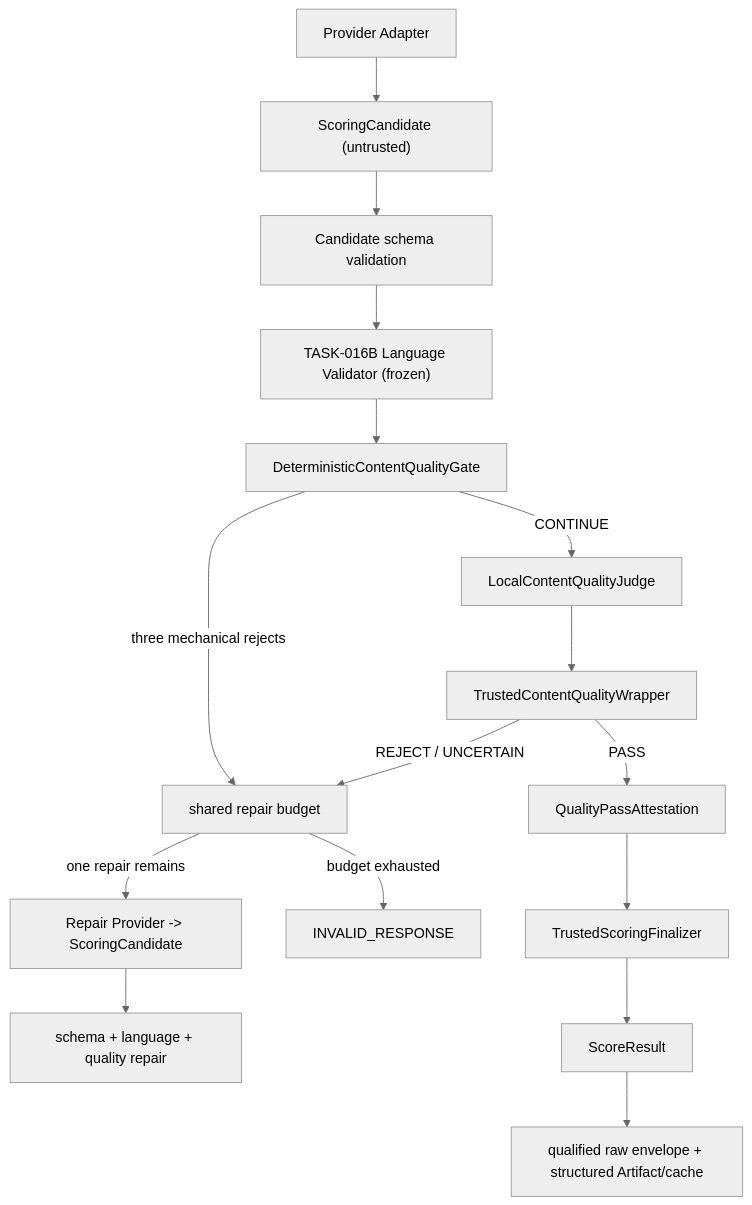
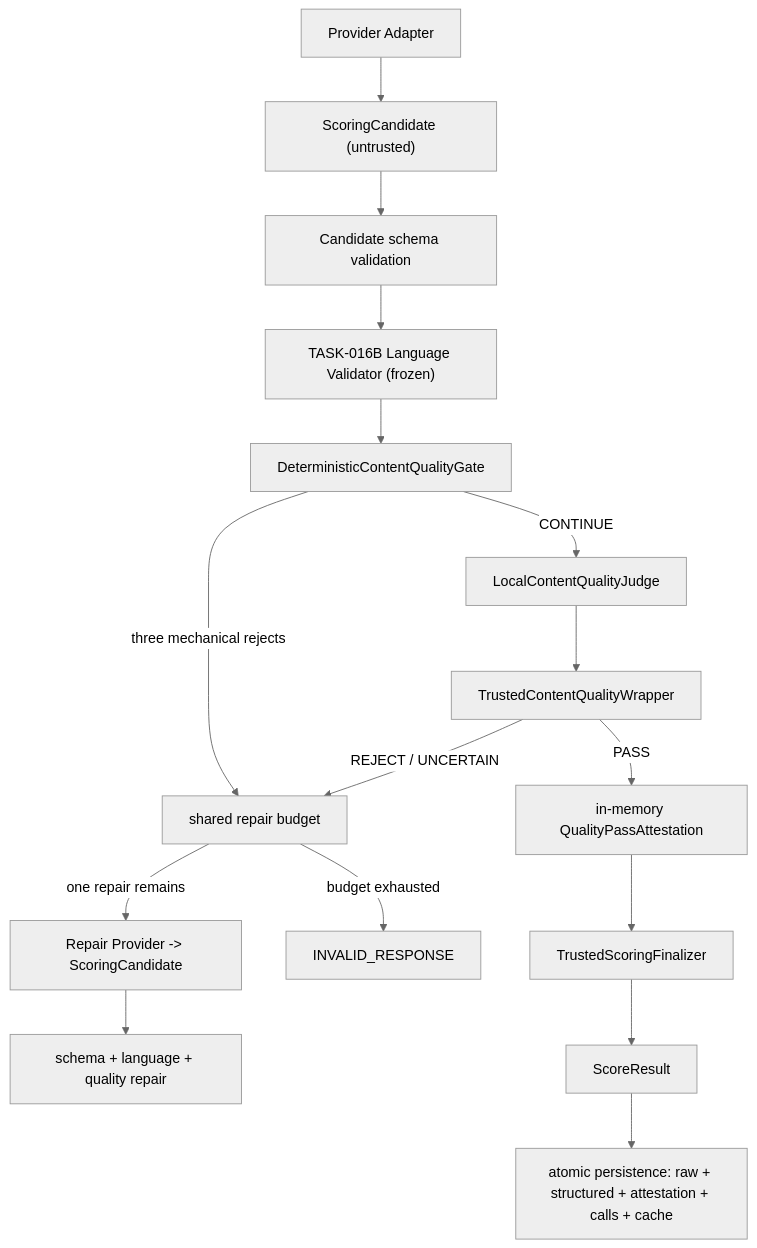
One commit to huangbuqubunao-alt/intelligence changed the diagram in docs/TASK-016C-CONTENT-QUALITY-INTERFACE-DESIGN.md. Above: the diagram before and after it, drawn with Mermaid (neutral theme). The commit also changed other lines of this file and 2 other files, not shown here.

````diff
--- a/docs/TASK-016C-CONTENT-QUALITY-INTERFACE-DESIGN.md
+++ b/docs/TASK-016C-CONTENT-QUALITY-INTERFACE-DESIGN.md
@@ -25,18 +25,18 @@
 ```mermaid
 flowchart TD
     A["Provider Adapter"] --> B["ScoringCandidate (untrusted)"]
     B --> C["Candidate schema validation"]
     C --> D["TASK-016B Language Validator (frozen)"]
     D --> E["DeterministicContentQualityGate"]
     E -->|"three mechanical rejects"| R["shared repair budget"]
     E -->|"CONTINUE"| J["LocalContentQualityJudge"]
     J --> W["TrustedContentQualityWrapper"]
     W -->|"REJECT / UNCERTAIN"| R
-    W -->|"PASS"| T["QualityPassAttestation"]
+    W -->|"PASS"| T["in-memory QualityPassAttestation"]
     R -->|"one repair remains"| B2["Repair Provider -> ScoringCandidate"]
     B2 --> C2["schema + language + quality repair"]
     R -->|"budget exhausted"| X["INVALID_RESPONSE"]
     T --> F["TrustedScoringFinalizer"]
     F --> S["ScoreResult"]
-    S --> P["qualified raw envelope + structured Artifact/cache"]
+    S --> P["atomic persistence: raw + structured + attestation + calls + cache"]
 ```
````
